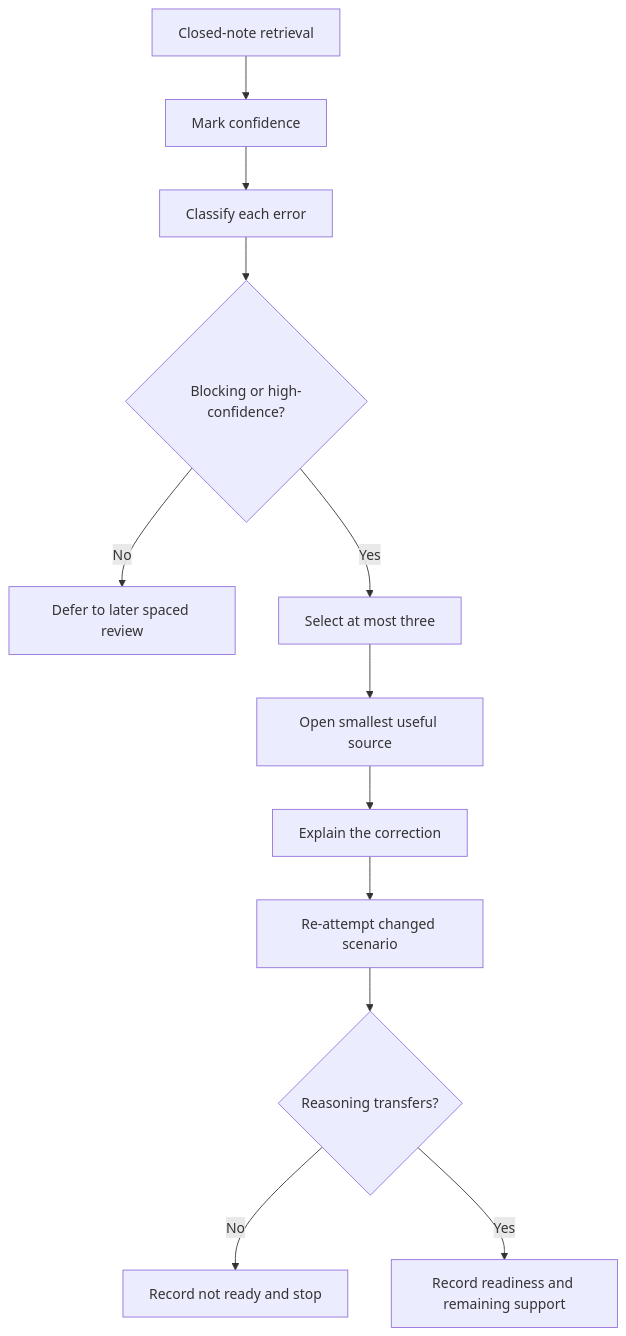
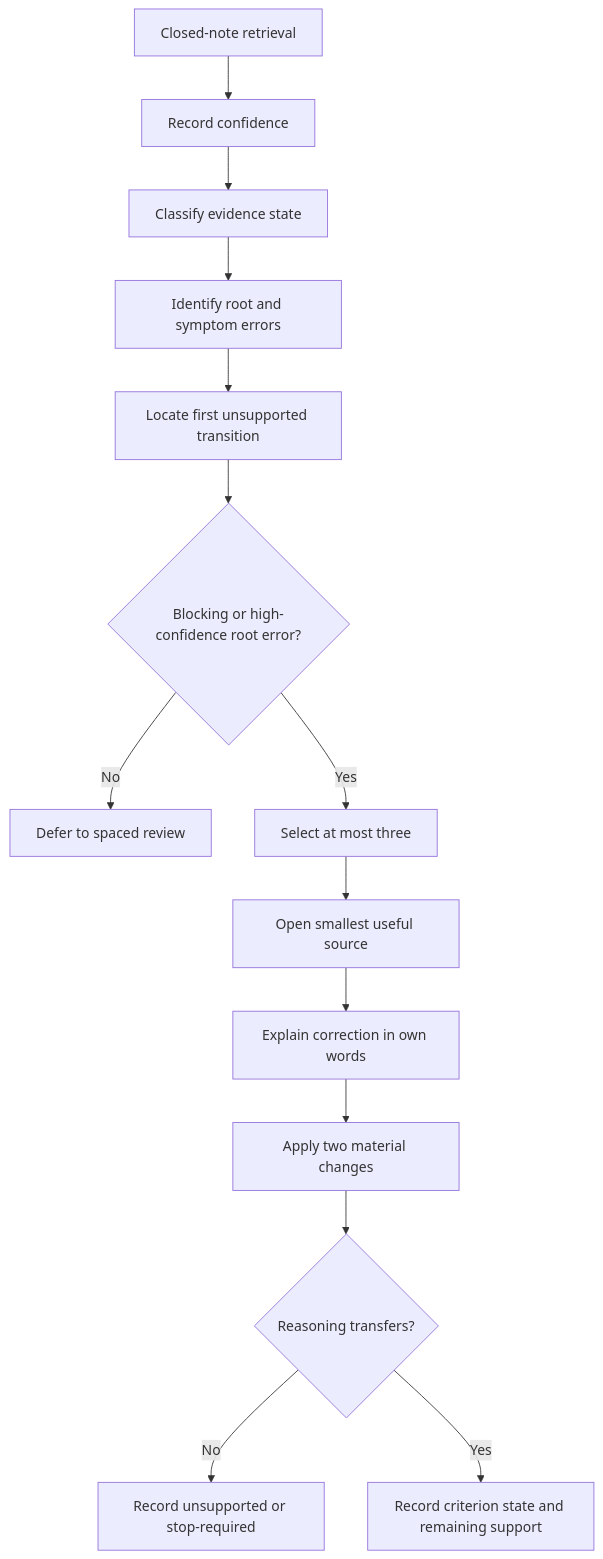
One commit to andrew3stedall/capstone changed the first of 2 diagrams in docs/learning-plans/12-week/modules/day-54-rest-retrieval-and-applicability-check-repair.md. Above: the diagram before and after it, drawn with Mermaid. The commit also changed other lines of this file and 3 other files, not shown here.

````diff
--- a/docs/learning-plans/12-week/modules/day-54-rest-retrieval-and-applicability-check-repair.md
+++ b/docs/learning-plans/12-week/modules/day-54-rest-retrieval-and-applicability-check-repair.md
@@ -85,14 +104,16 @@
 ```mermaid
 flowchart TD
-  A[Closed-note retrieval] --> B[Mark confidence]
-  B --> C[Classify each error]
-  C --> D{Blocking or high-confidence?}
-  D -->|No| E[Defer to later spaced review]
-  D -->|Yes| F[Select at most three]
-  F --> G[Open smallest useful source]
-  G --> H[Explain the correction]
-  H --> I[Re-attempt changed scenario]
-  I --> J{Reasoning transfers?}
-  J -->|No| K[Record not ready and stop]
-  J -->|Yes| L[Record readiness and remaining support]
+  A[Closed-note retrieval] --> B[Record confidence]
+  B --> C[Classify evidence state]
+  C --> D[Identify root and symptom errors]
+  D --> E[Locate first unsupported transition]
+  E --> F{Blocking or high-confidence root error?}
+  F -->|No| G[Defer to spaced review]
+  F -->|Yes| H[Select at most three]
+  H --> I[Open smallest useful source]
+  I --> J[Explain correction in own words]
+  J --> K[Apply two material changes]
+  K --> L{Reasoning transfers?}
+  L -->|No| M[Record unsupported or stop-required]
+  L -->|Yes| N[Record criterion state and remaining support]
 ```
````
